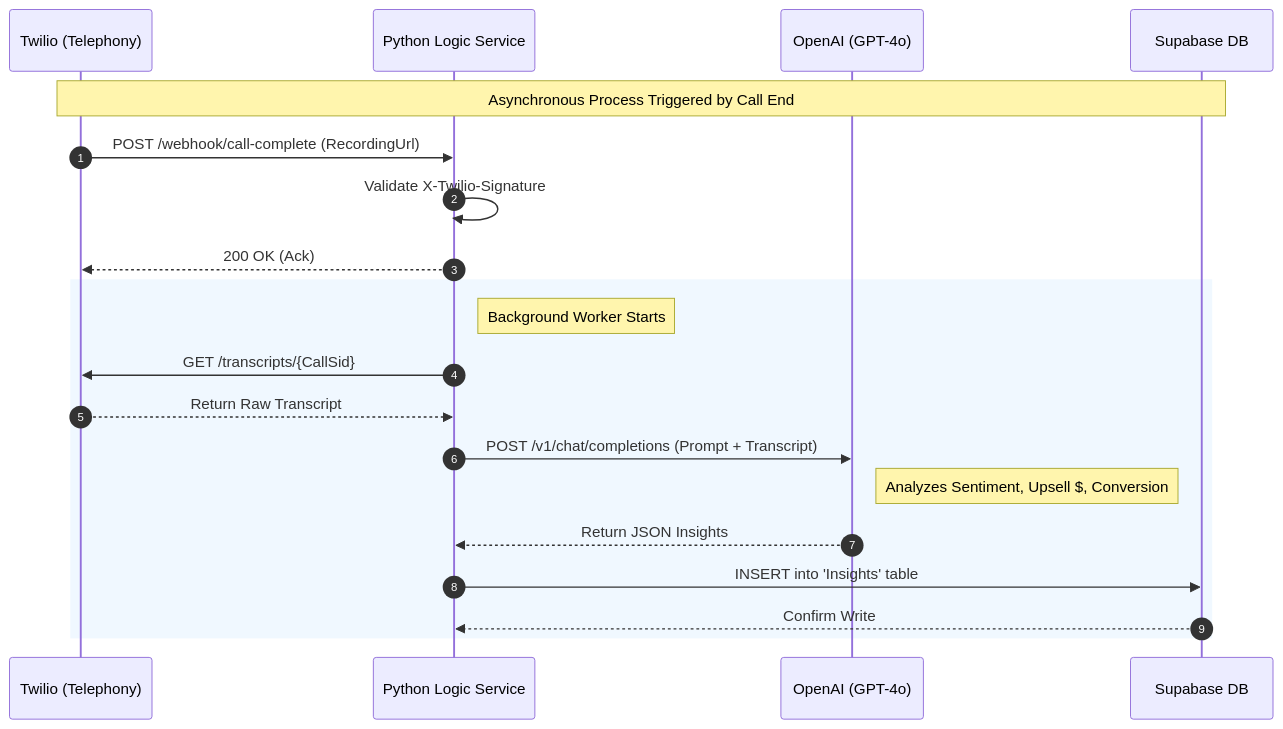
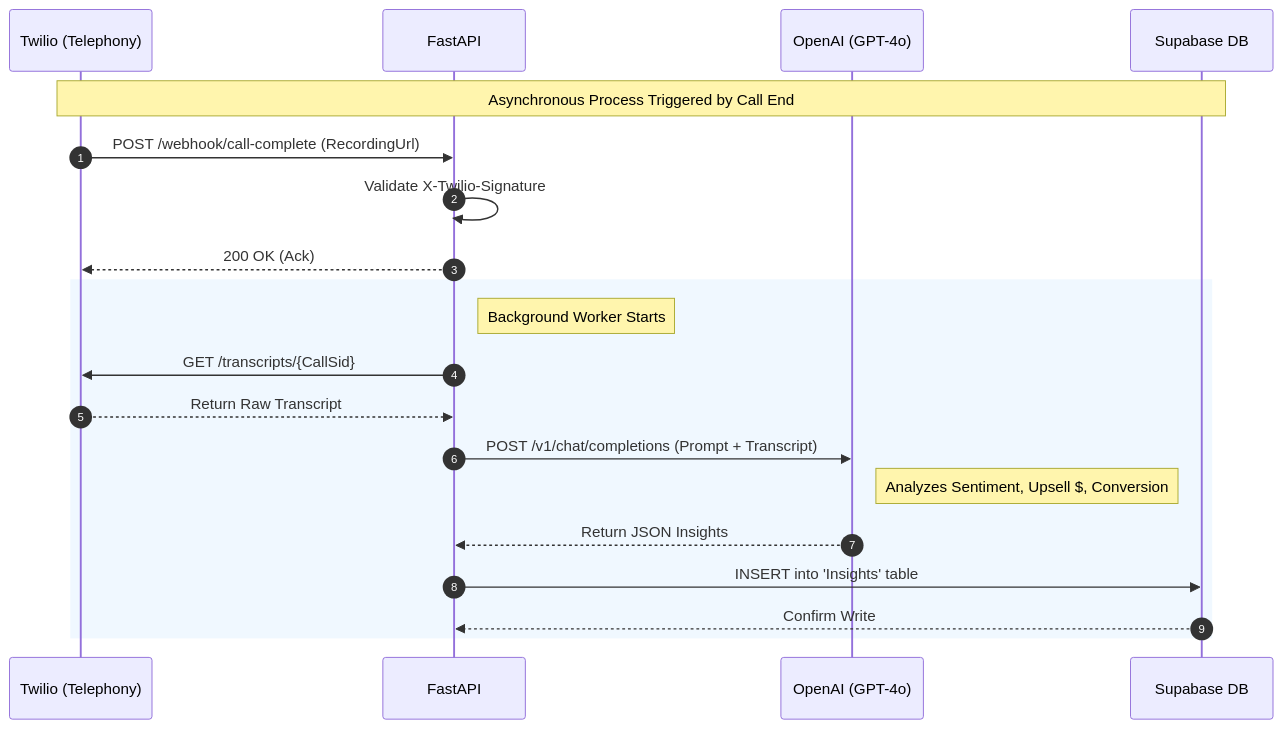
One commit to RauPro/Converzai changed the second of 5 diagrams in README.md. Above: the diagram before and after it, drawn with Mermaid. The commit also changed other lines of this file, not shown here.

First line of the commit message:
Enhance README with new user flows and diagrams

````diff
--- a/README.md
+++ b/README.md
@@ -186,26 +187,26 @@
 ```mermaid
 sequenceDiagram
     autonumber
     participant Twilio as Twilio (Telephony)
-    participant FastAPI as Python Logic Service
+    participant FastAPI
     participant OpenAI as OpenAI (GPT-4o)
     participant DB as Supabase DB
 
     Note over Twilio, DB: Asynchronous Process Triggered by Call End
     Twilio->>FastAPI: POST /webhook/call-complete (RecordingUrl)
     FastAPI->>FastAPI: Validate X-Twilio-Signature
     FastAPI-->>Twilio: 200 OK (Ack)
     
     rect rgb(240, 248, 255)
         Note right of FastAPI: Background Worker Starts
         FastAPI->>Twilio: GET /transcripts/{CallSid}
         Twilio-->>FastAPI: Return Raw Transcript
         
         FastAPI->>OpenAI: POST /v1/chat/completions (Prompt + Transcript)
         Note right of OpenAI: Analyzes Sentiment, Upsell $, Conversion
         OpenAI-->>FastAPI: Return JSON Insights
         
         FastAPI->>DB: INSERT into 'Insights' table
         DB-->>FastAPI: Confirm Write
     end
 ```
````
